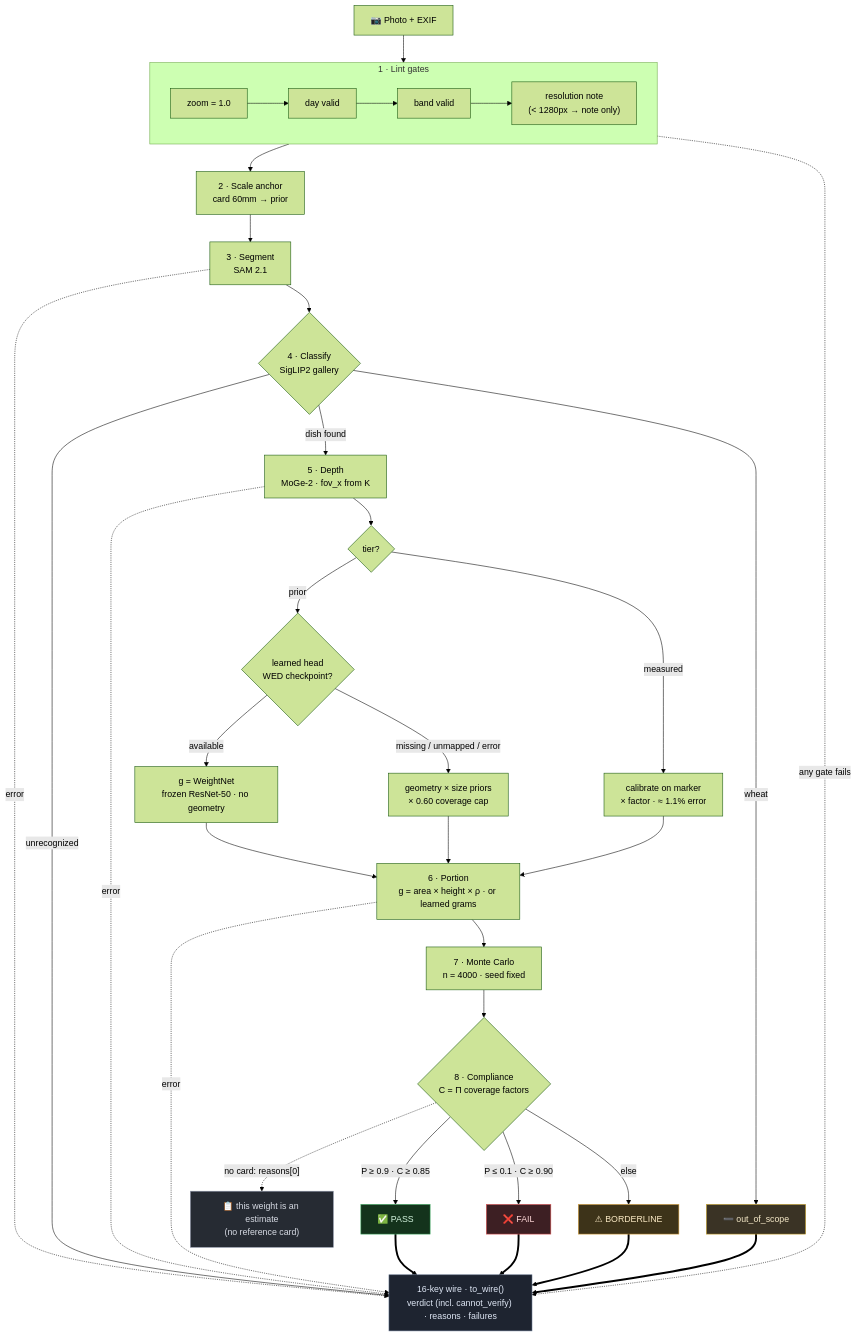
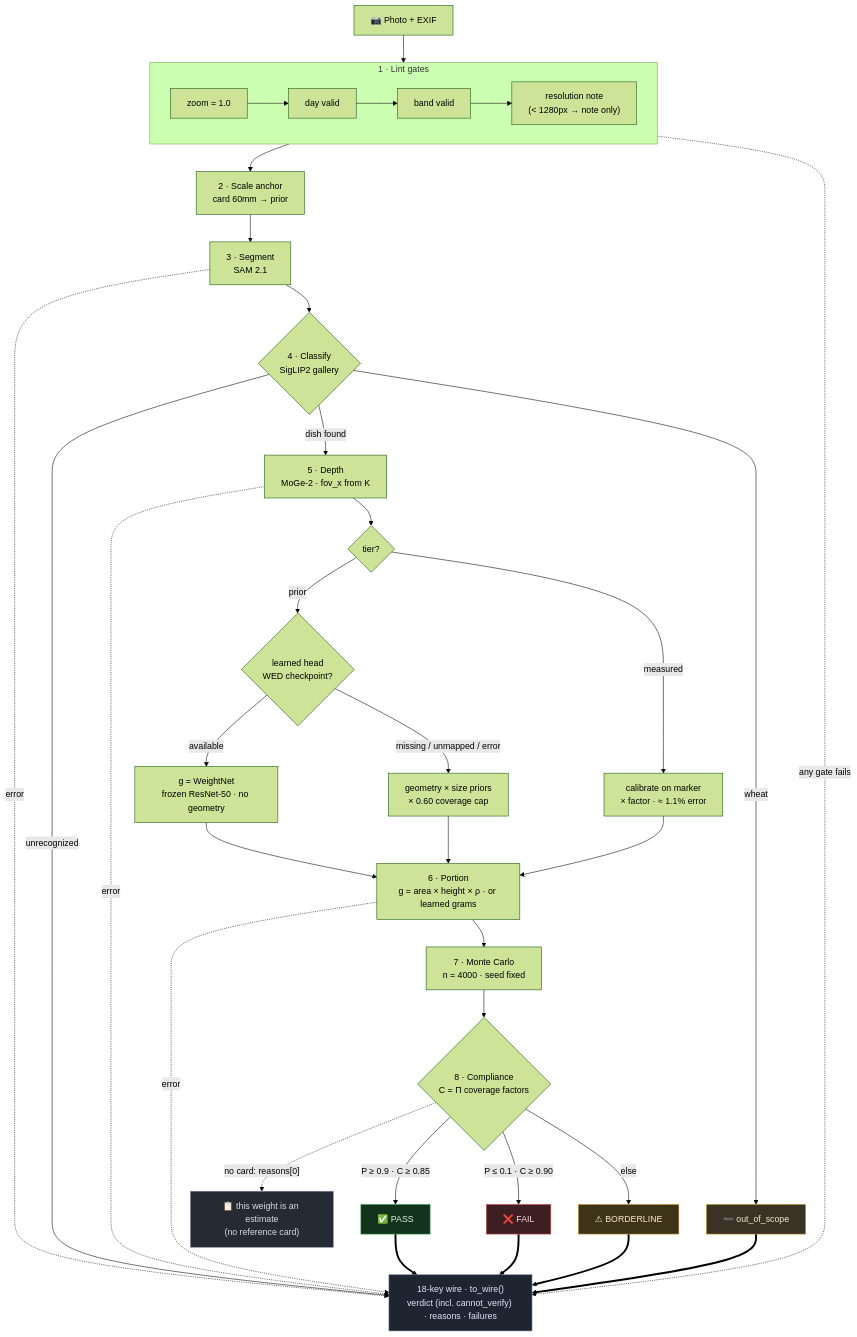
Before and after one commit to Lion4467cat/NutriSense: the diagram in README.md, drawn with Mermaid (forest theme). The commit also changed other lines of this file and 8 other files, not shown here.

````diff
--- a/README.md
+++ b/README.md
@@ -36,56 +36,56 @@
 ```mermaid
 flowchart TD
     IMG["📷 Photo + EXIF"] --> L1
 
     subgraph LINT["1 · Lint gates"]
         direction LR
         L1["zoom = 1.0"] --> L2["day valid"] --> L3["band valid"] --> L4["resolution note<br/>(< 1280px → note only)"]
     end
 
     LINT -.->|"any gate fails"| WIRE
     L4 --> A["2 · Scale anchor<br/>card 60mm → prior"]
 
     A --> SEG["3 · Segment<br/>SAM 2.1"]
     SEG -.->|error| WIRE
     SEG --> CLS{"4 · Classify<br/>SigLIP2 gallery"}
 
     CLS -->|"unrecognized"| WIRE
     CLS -->|wheat| OOS["➖ out_of_scope"]
     CLS -->|"dish found"| DEPTH["5 · Depth<br/>MoGe-2 · fov_x from K"]
 
     DEPTH -.->|error| WIRE
     DEPTH --> TIER{"tier?"}
     TIER -->|measured| CAL["calibrate on marker<br/>× factor · ≈ 1.1% error"]
     TIER -->|prior| HEAD{"learned head<br/>WED checkpoint?"}
     HEAD -->|available| LEARN["g = WeightNet<br/>frozen ResNet-50 · no geometry"]
     HEAD -->|missing / unmapped / error| NOCAL["geometry × size priors<br/>× 0.60 coverage cap"]
     LEARN --> PORT
     NOCAL --> PORT
     CAL --> PORT["6 · Portion<br/>g = area × height × ρ · or learned grams"]
     PORT -.->|error| WIRE
     PORT --> MC["7 · Monte Carlo<br/>n = 4000 · seed fixed"]
 
     MC --> VER{"8 · Compliance<br/>C = Π coverage factors"}
     VER -->|"P ≥ 0.9 · C ≥ 0.85"| PASS["✅ PASS"]
     VER -->|"P ≤ 0.1 · C ≥ 0.90"| FAIL["❌ FAIL"]
     VER -->|else| BORD["⚠ BORDERLINE"]
     VER -.->|"no card: reasons[0]"| DISC["📋 this weight is an estimate<br/>(no reference card)"]
 
-    PASS ==> WIRE["16-key wire · to_wire()<br/>verdict (incl. cannot_verify) · reasons · failures"]
+    PASS ==> WIRE["18-key wire · to_wire()<br/>verdict (incl. cannot_verify) · reasons · failures"]
     FAIL ==> WIRE
     BORD ==> WIRE
     OOS ==> WIRE
 
     classDef err fill:#3d1f23,stroke:#e05252,color:#ffd9d9
     classDef oos fill:#3a3325,stroke:#c9a227,color:#f5e9c8
     classDef ok fill:#14331c,stroke:#3fae62,color:#d4f5df
     classDef warn fill:#3d3319,stroke:#d9a13a,color:#fae9c4
     classDef wire fill:#1e2430,stroke:#5b6b85,color:#dfe7f5
     classDef neutral fill:#262b33,stroke:#8b93a7,color:#d7dbe4
     class OOS oos
     class PASS ok
     class FAIL err
     class BORD warn
     class DISC neutral
     class WIRE wire
 ```
````
